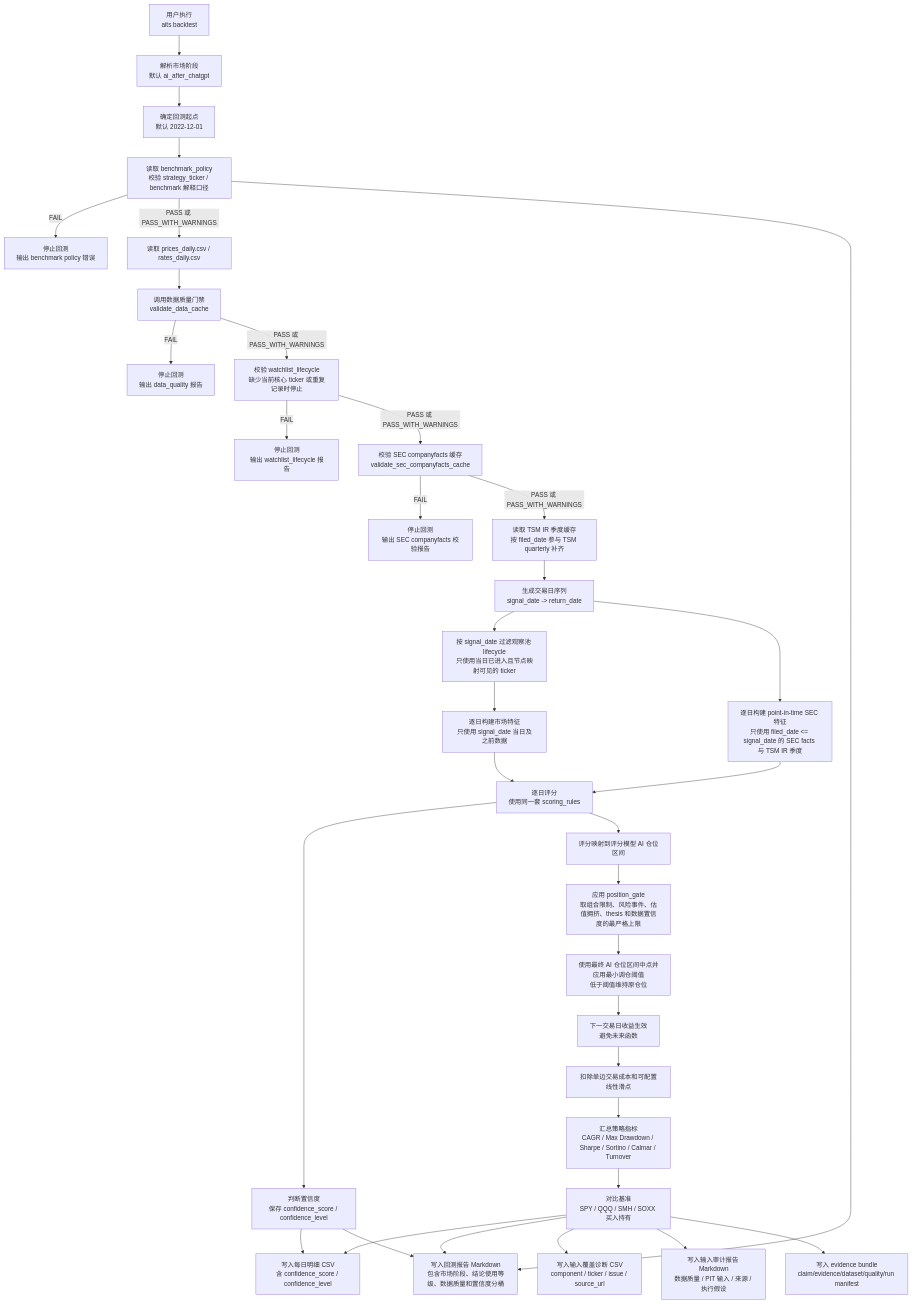
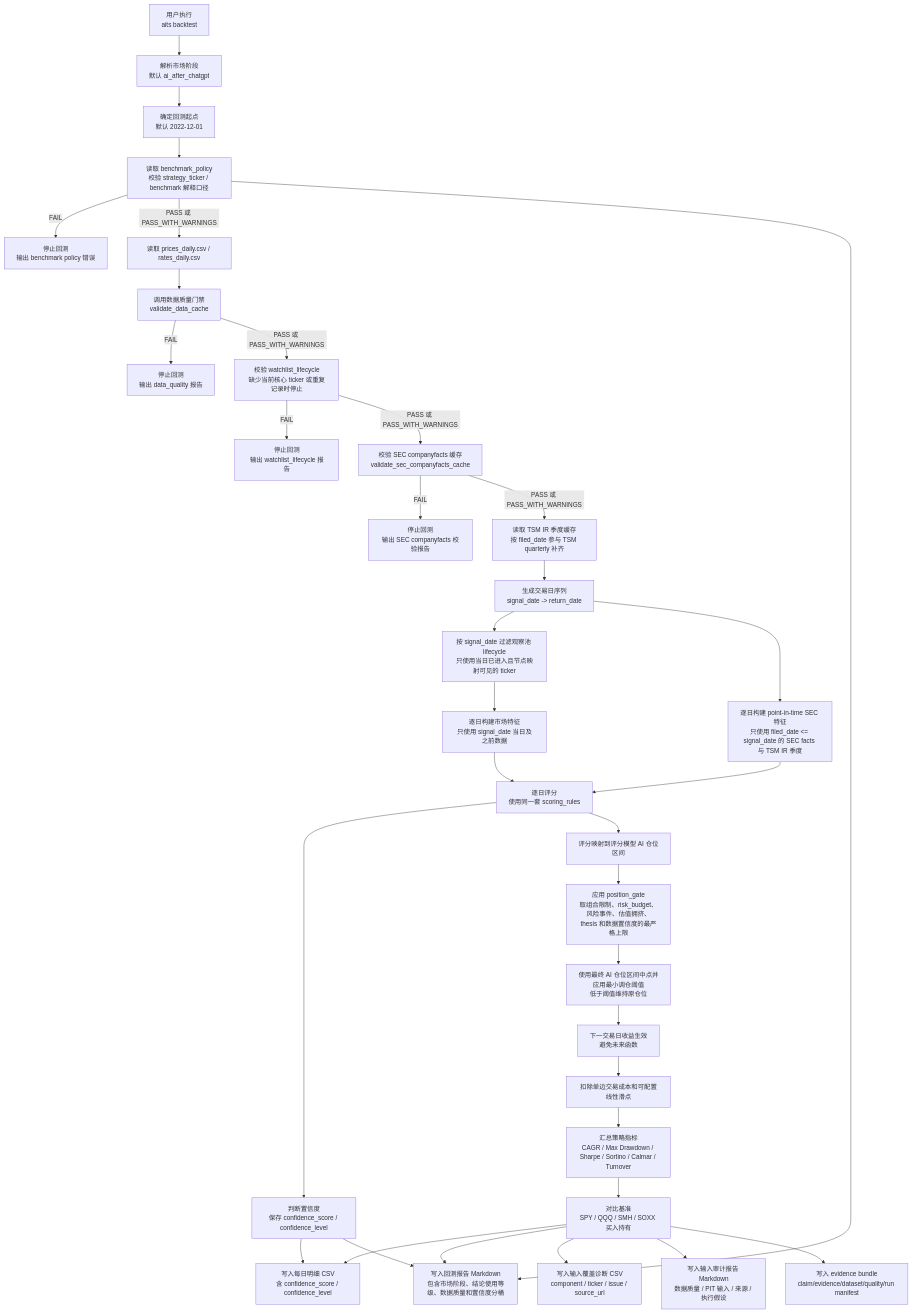
Before and after one commit to AI-Trading-Collaboration/AITradingSystem: the third of 6 diagrams in docs/system_flow.md, drawn with Mermaid. The commit also changed other lines of this file and 15 other files, not shown here.

Commit message:
Implement risk budget gate baseline

````diff
--- a/docs/system_flow.md
+++ b/docs/system_flow.md
@@ -605,37 +605,37 @@
 ```mermaid
 flowchart TD
     A["用户执行<br/>aits backtest"] --> B["解析市场阶段<br/>默认 ai_after_chatgpt"]
     B --> C["确定回测起点<br/>默认 2022-12-01"]
     C --> BP0["读取 benchmark_policy<br/>校验 strategy_ticker / benchmark 解释口径"]
     BP0 -->|FAIL| BPF["停止回测<br/>输出 benchmark policy 错误"]
     BP0 -->|PASS 或 PASS_WITH_WARNINGS| D["读取 prices_daily.csv / rates_daily.csv"]
     D --> E["调用数据质量门禁<br/>validate_data_cache"]
     E -->|FAIL| F["停止回测<br/>输出 data_quality 报告"]
     E -->|PASS 或 PASS_WITH_WARNINGS| W0["校验 watchlist_lifecycle<br/>缺少当前核心 ticker 或重复记录时停止"]
     W0 -->|FAIL| WF["停止回测<br/>输出 watchlist_lifecycle 报告"]
     W0 -->|PASS 或 PASS_WITH_WARNINGS| S1["校验 SEC companyfacts 缓存<br/>validate_sec_companyfacts_cache"]
     S1 -->|FAIL| S2["停止回测<br/>输出 SEC companyfacts 校验报告"]
     S1 -->|PASS 或 PASS_WITH_WARNINGS| TSM["读取 TSM IR 季度缓存<br/>按 filed_date 参与 TSM quarterly 补齐"]
     TSM --> G["生成交易日序列<br/>signal_date -> return_date"]
     G --> WL0["按 signal_date 过滤观察池 lifecycle<br/>只使用当日已进入且节点映射可见的 ticker"]
     WL0 --> H["逐日构建市场特征<br/>只使用 signal_date 当日及之前数据"]
     G --> H2["逐日构建 point-in-time SEC 特征<br/>只使用 filed_date <= signal_date 的 SEC facts 与 TSM IR 季度"]
     H --> I["逐日评分<br/>使用同一套 scoring_rules"]
     H2 --> I
     I --> C0["判断置信度<br/>保存 confidence_score / confidence_level"]
     I --> J["评分映射到评分模型 AI 仓位区间"]
-    J --> PG["应用 position_gate<br/>取组合限制、风险事件、估值拥挤、thesis 和数据置信度的最严格上限"]
+    J --> PG["应用 position_gate<br/>取组合限制、risk_budget、风险事件、估值拥挤、thesis 和数据置信度的最严格上限"]
     PG --> K["使用最终 AI 仓位区间中点并应用最小调仓阈值<br/>低于阈值维持原仓位"]
     K --> L["下一交易日收益生效<br/>避免未来函数"]
     L --> M["扣除单边交易成本和可配置线性滑点"]
     M --> N["汇总策略指标<br/>CAGR / Max Drawdown / Sharpe / Sortino / Calmar / Turnover"]
     N --> O["对比基准<br/>SPY / QQQ / SMH / SOXX 买入持有"]
     BP0 --> Q
     C0 --> P["写入每日明细 CSV<br/>含 confidence_score / confidence_level"]
     O --> P
     O --> Q["写入回测报告 Markdown<br/>包含市场阶段、结论使用等级、数据质量和置信度分桶"]
     C0 --> Q
     O --> R["写入输入覆盖诊断 CSV<br/>component / ticker / issue / source_url"]
     O --> S["写入输入审计报告 Markdown<br/>数据质量 / PIT 输入 / 来源 / 执行假设"]
     O --> T["写入 evidence bundle<br/>claim/evidence/dataset/quality/run manifest"]
 ```
````
